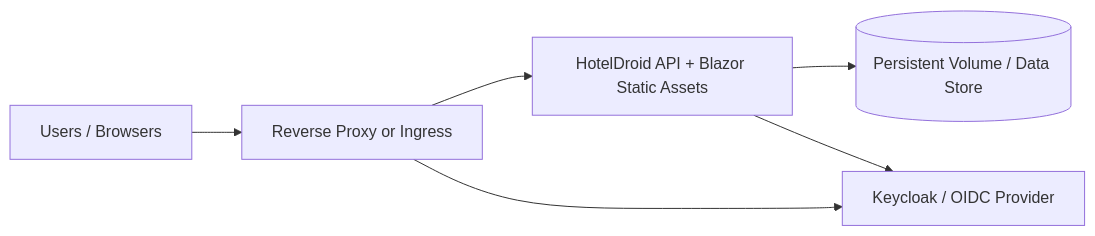
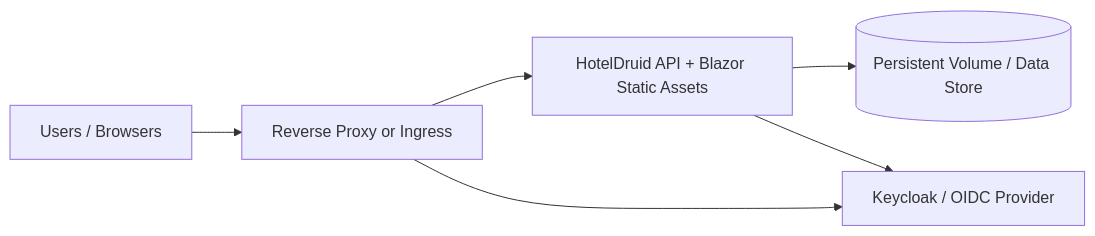
One commit to RolfEleveld/hoteldruid changed the fourth of 4 diagrams in ARCHITECTURE.md. Above: the diagram before and after it, drawn with Mermaid. The commit also changed other lines of this file and 418 other files, not shown here.

First line of the commit message:
Rename HotelDroid to HotelDruid across solution

````diff
--- a/ARCHITECTURE.md
+++ b/ARCHITECTURE.md
@@ -700,8 +700,8 @@
 ```mermaid
 flowchart LR
   U[Users / Browsers] --> RP[Reverse Proxy or Ingress]
-  RP --> API[HotelDroid API + Blazor Static Assets]
+  RP --> API[HotelDruid API + Blazor Static Assets]
   API --> DATA[(Persistent Volume / Data Store)]
   RP --> IDP[Keycloak / OIDC Provider]
   API --> IDP
 ```
````
